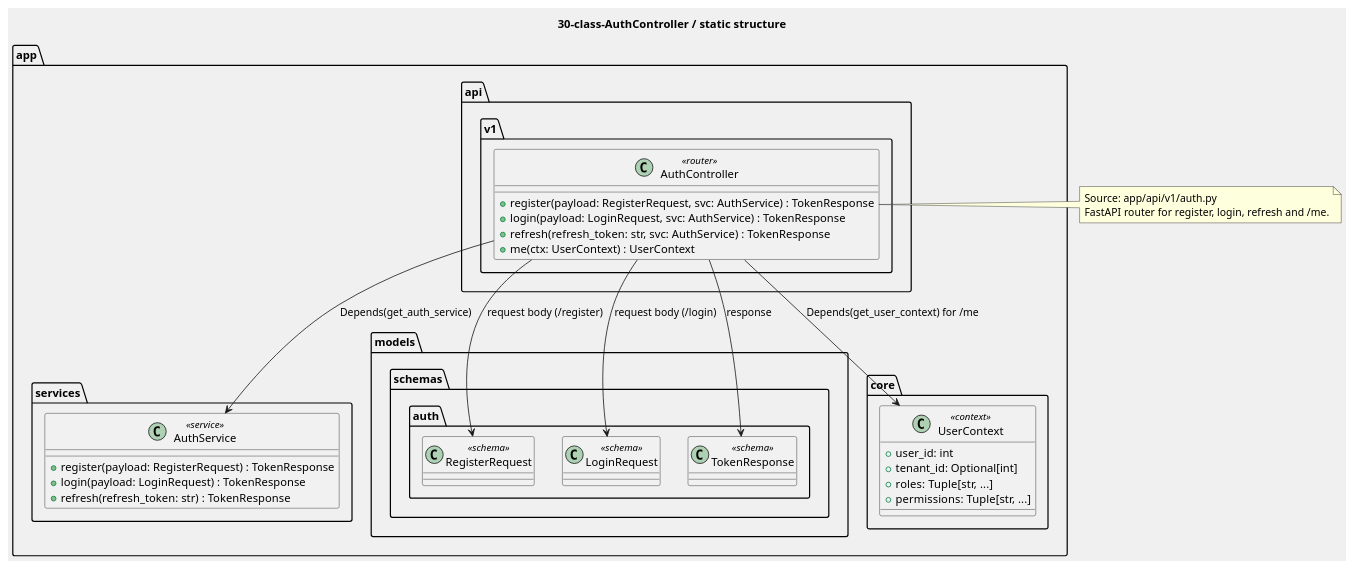
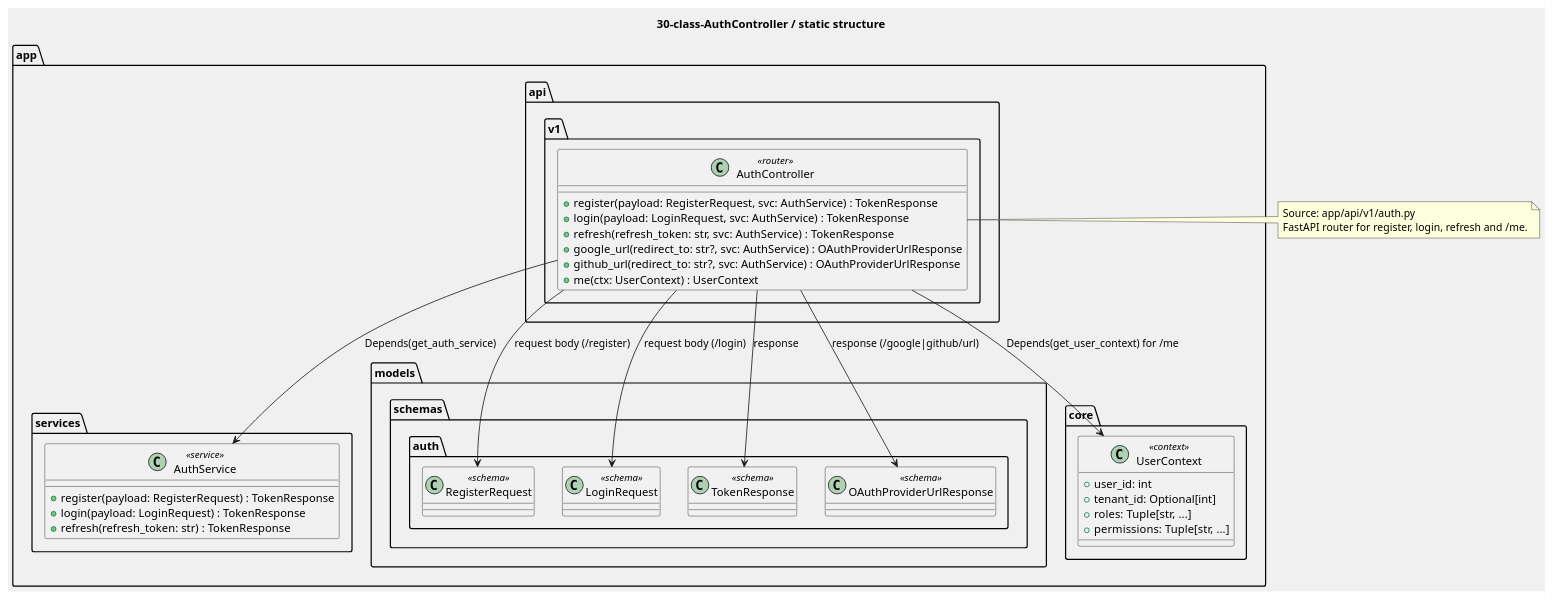
The diagram in architecture/30-class-AuthController.puml (lukasijus/mlv1sion), drawn with PlantUML before and after one commit. The commit also changed 15 other files, not shown here.

Commit message:
added and update auth UML with google/github oauth

```diff
--- a/architecture/30-class-AuthController.puml
+++ b/architecture/30-class-AuthController.puml
@@ -1,49 +1,53 @@
 @startuml
 title 30-class-AuthController / static structure
 skinparam BackgroundColor #f0f0f0
 
 package "app.api.v1" {
 
   class AuthController <<router>> {
     + register(payload: RegisterRequest, svc: AuthService) : TokenResponse
     + login(payload: LoginRequest, svc: AuthService) : TokenResponse
     + refresh(refresh_token: str, svc: AuthService) : TokenResponse
+    + google_url(redirect_to: str?, svc: AuthService) : OAuthProviderUrlResponse
+    + github_url(redirect_to: str?, svc: AuthService) : OAuthProviderUrlResponse
     + me(ctx: UserContext) : UserContext
   }
 }
 
 package "app.services" {
   class AuthService <<service>> {
     + register(payload: RegisterRequest) : TokenResponse
     + login(payload: LoginRequest) : TokenResponse
     + refresh(refresh_token: str) : TokenResponse
   }
 }
 
 package "app.models.schemas.auth" {
   class RegisterRequest <<schema>>
   class LoginRequest <<schema>>
   class TokenResponse <<schema>>
+  class OAuthProviderUrlResponse <<schema>>
 }
 
 package "app.core" {
   class UserContext <<context>> {
     + user_id: int
     + tenant_id: Optional[int]
     + roles: Tuple[str, ...]
     + permissions: Tuple[str, ...]
   }
 }
 
 AuthController --> AuthService      : Depends(get_auth_service)
 AuthController --> RegisterRequest  : request body (/register)
 AuthController --> LoginRequest     : request body (/login)
 AuthController --> TokenResponse    : response
+AuthController --> OAuthProviderUrlResponse : response (/google|github/url)
 AuthController --> UserContext      : Depends(get_user_context) for /me
 
 note right of AuthController
 Source: app/api/v1/auth.py
 FastAPI router for register, login, refresh and /me.
 end note
 
 @enduml
```
